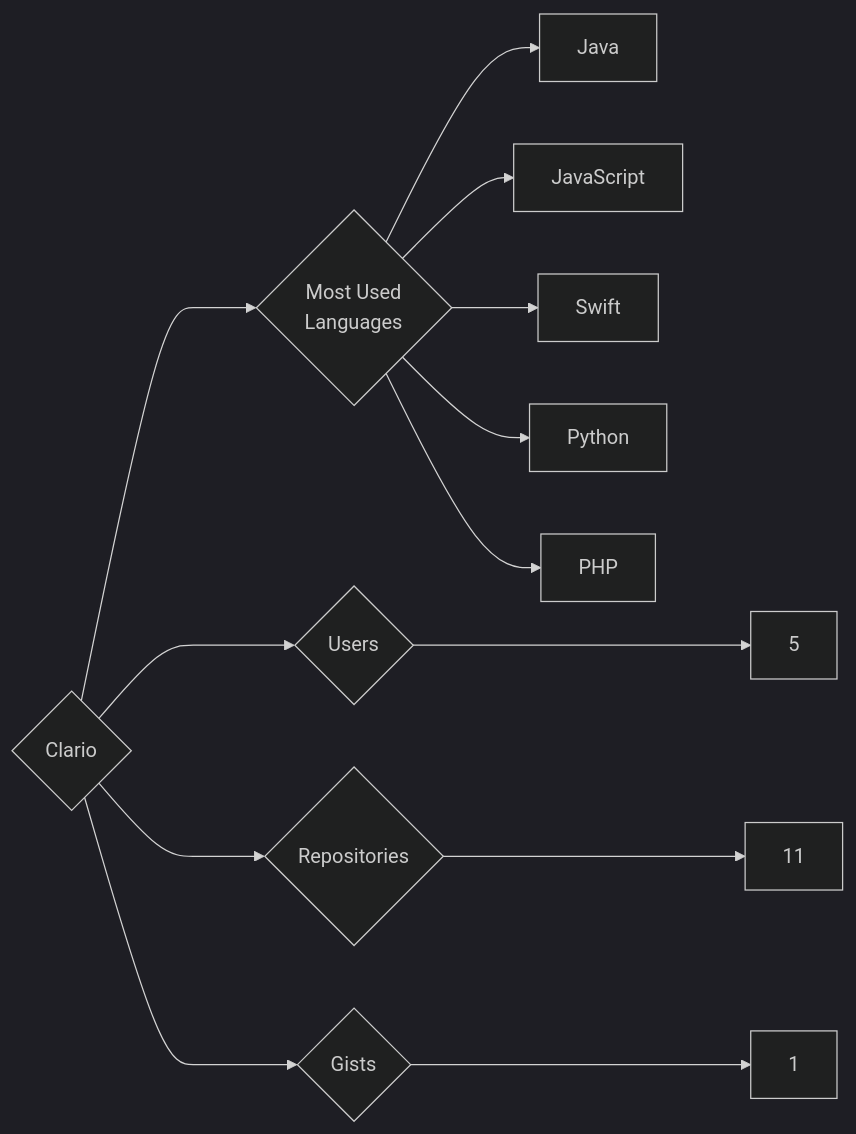
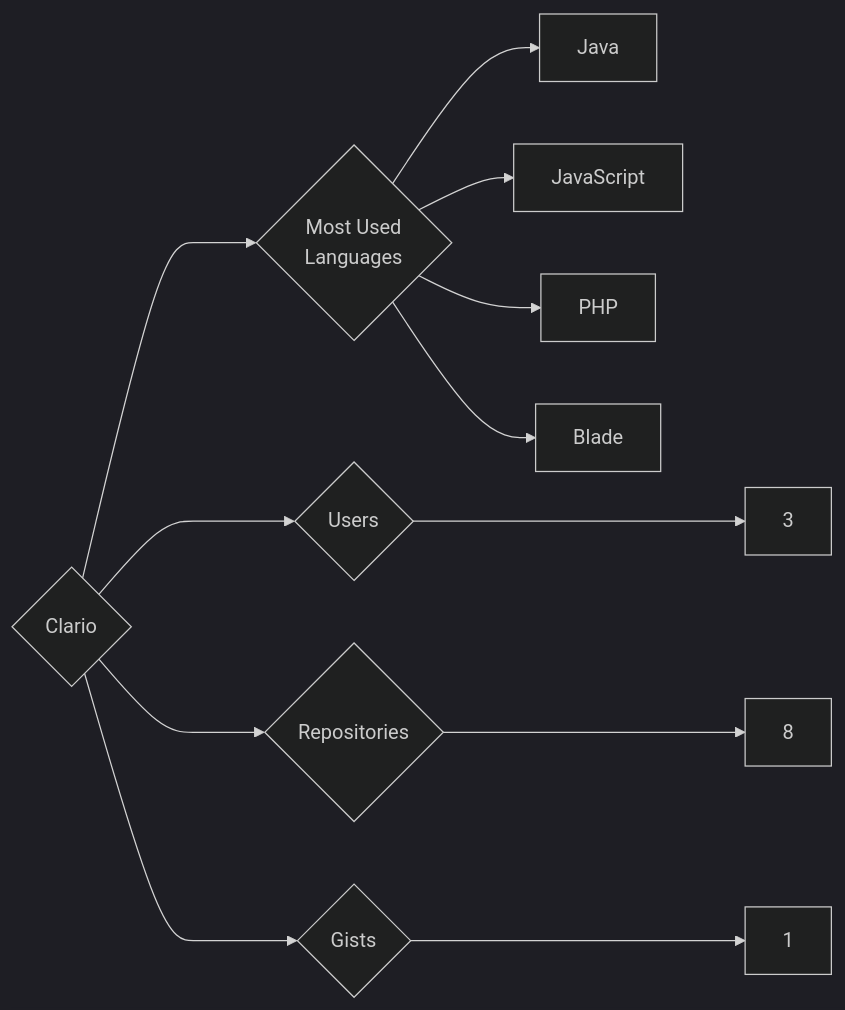
Before and after one commit to trickest/insiders: the diagram in targets/Clario/README.md, drawn with Mermaid (dark theme). The commit also changed 1055 other files, not shown here.

````diff
--- a/targets/Clario/README.md
+++ b/targets/Clario/README.md
@@ -3,13 +3,12 @@
 ```mermaid
 graph LR
 COMPANY_NAME{Clario}
-COMPANY_NAME ---> U{Users} ---> UN[5]
-COMPANY_NAME ---> R{Repositories} ---> RN[11]
+COMPANY_NAME ---> U{Users} ---> UN[3]
+COMPANY_NAME ---> R{Repositories} ---> RN[8]
 COMPANY_NAME ---> G{Gists} ---> GN[1]
 COMPANY_NAME ---> ML{Most Used<br>Languages}
 ML --> Java[Java]
 ML --> JavaScript[JavaScript]
-ML --> Swift[Swift]
-ML --> Python[Python]
 ML --> PHP[PHP]
+ML --> Blade[Blade]
 ```
````
